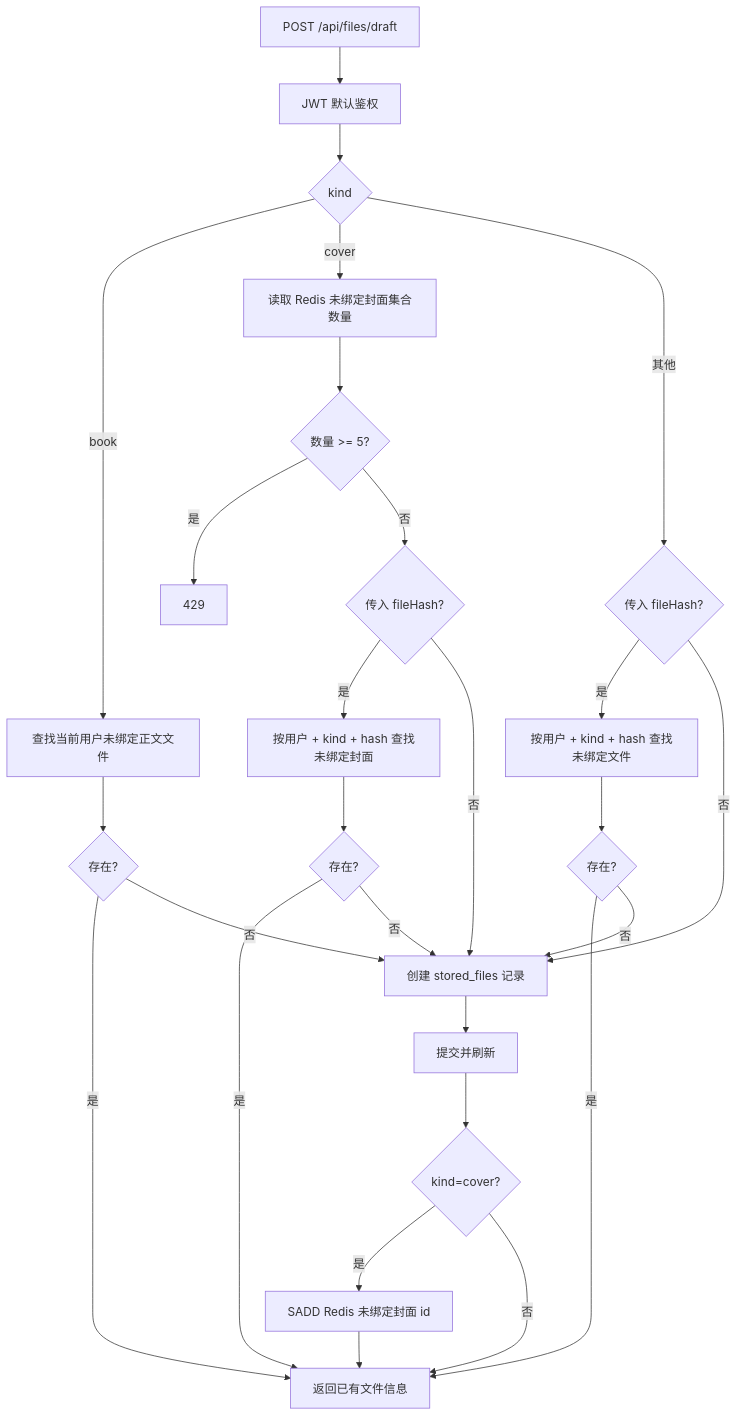
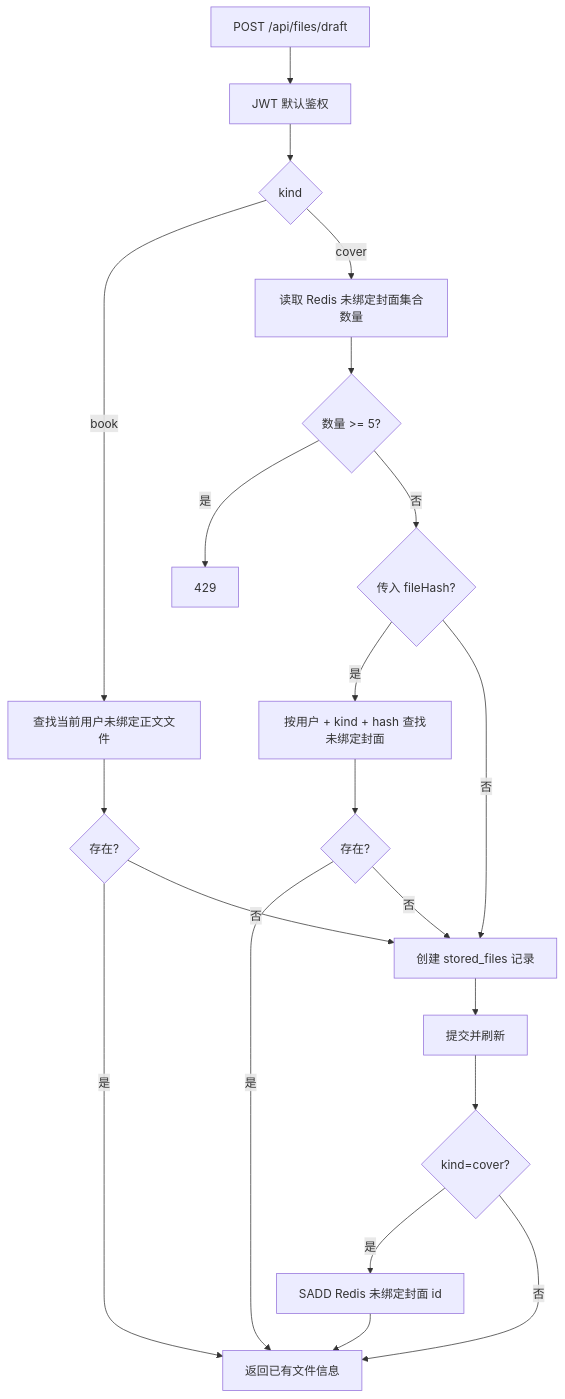
Before and after one commit to hwb-321/ZlibSE: the first of 7 diagrams in document/模块图表/04-文件模块.md, drawn with Mermaid. The commit also changed other lines of this file and 2 other files, not shown here.

````diff
--- a/document/模块图表/04-文件模块.md
+++ b/document/模块图表/04-文件模块.md
@@ -5,29 +5,23 @@
 ```mermaid
 flowchart TD
     A[POST /api/files/draft] --> B[JWT 默认鉴权]
     B --> C{kind}
     C -- book --> D[查找当前用户未绑定正文文件]
     D --> E{存在?}
     E -- 是 --> R[返回已有文件信息]
     E -- 否 --> N[创建 stored_files 记录]
     C -- cover --> F[读取 Redis 未绑定封面集合数量]
     F --> G{数量 >= 5?}
     G -- 是 --> X[429]
     G -- 否 --> H{传入 fileHash?}
     H -- 是 --> I[按用户 + kind + hash 查找未绑定封面]
     I --> J{存在?}
     J -- 是 --> R
     J -- 否 --> N
     H -- 否 --> N
-    C -- 其他 --> K{传入 fileHash?}
-    K -- 是 --> L[按用户 + kind + hash 查找未绑定文件]
-    L --> M{存在?}
-    M -- 是 --> R
-    M -- 否 --> N
-    K -- 否 --> N
     N --> O[提交并刷新]
     O --> P{kind=cover?}
     P -- 是 --> Q[SADD Redis 未绑定封面 id]
     P -- 否 --> R
     Q --> R
 ```
````
